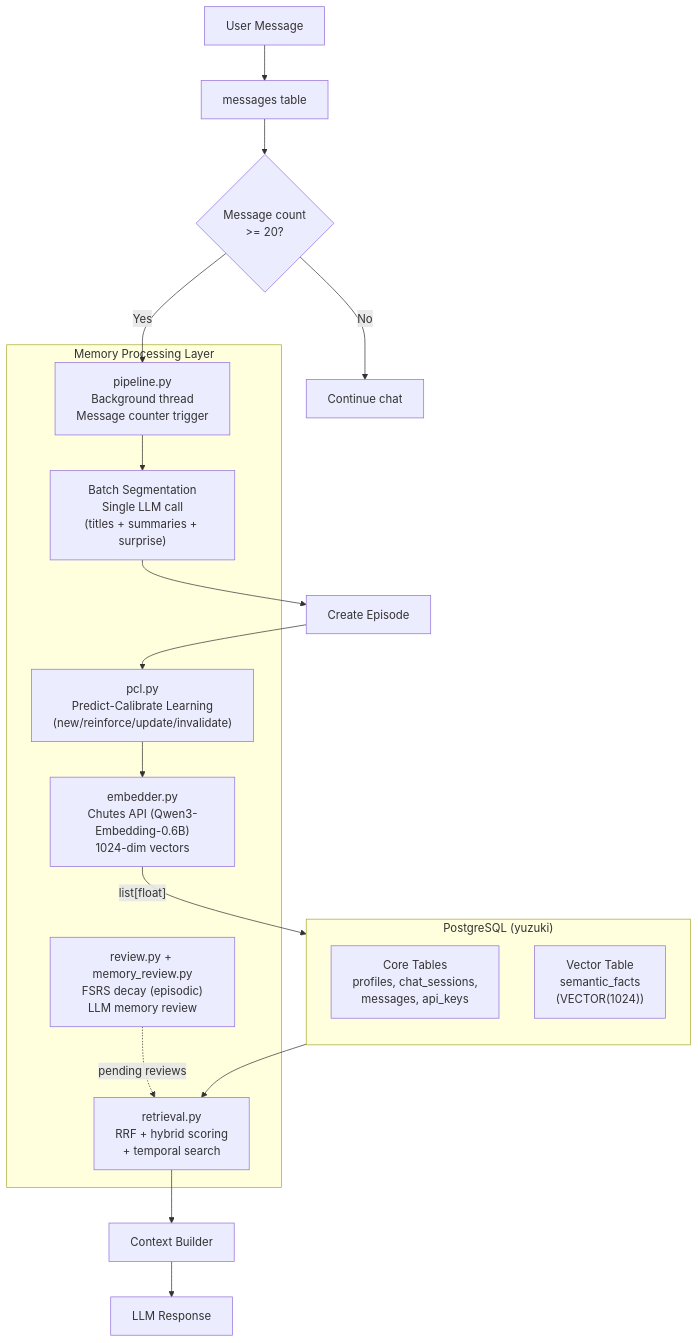
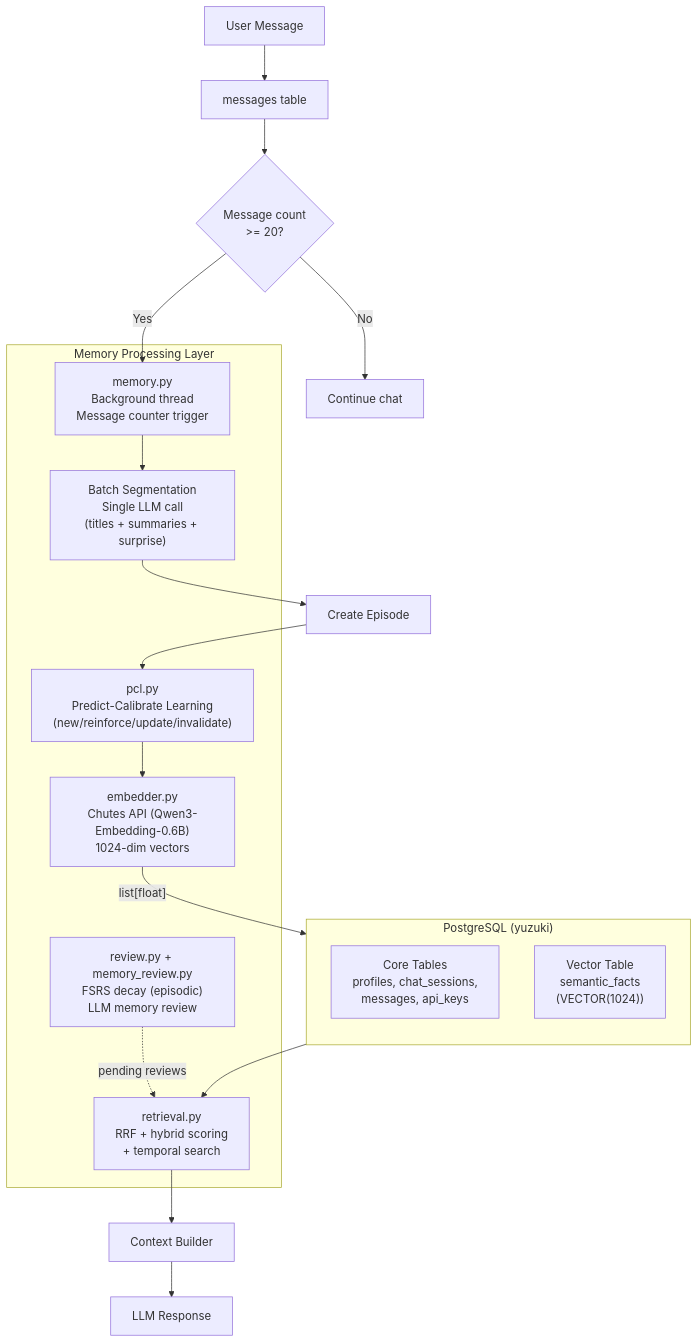
One commit to icedeyes12/yuzu-companion changed the first of 4 diagrams in app/memory/docs/architecture.md. Above: the diagram before and after it, drawn with Mermaid. The commit also changed other lines of this file, not shown here.

Commit message:
docs: fix memory.py references in architecture.md

````diff
--- a/app/memory/docs/architecture.md
+++ b/app/memory/docs/architecture.md
@@ -11,31 +11,31 @@
 ```mermaid
 flowchart TB
     subgraph PostgreSQL["PostgreSQL (yuzuki)"]
         direction TB
         PG_CORE["Core Tables\nprofiles, chat_sessions,\nmessages, api_keys"]
         PG_VECTOR["Vector Table\nsemantic_facts\n(VECTOR(1024))"]
     end
 
     subgraph MemoryLayer["Memory Processing Layer"]
         EMBED["embedder.py\nChutes API (Qwen3-Embedding-0.6B)\n1024-dim vectors"]
-        PIPELINE["pipeline.py\nBackground thread\nMessage counter trigger"]
+        PIPELINE["memory.py\nBackground thread\nMessage counter trigger"]
         BATCH["Batch Segmentation\nSingle LLM call\n(titles + summaries + surprise)"]
         PCL["pcl.py\nPredict-Calibrate Learning\n(new/reinforce/update/invalidate)"]
         RETRIEVE["retrieval.py\nRRF + hybrid scoring\n+ temporal search"]
         REVIEW["review.py + memory_review.py\nFSRS decay (episodic)\nLLM memory review"]
     end
 
     USER["User Message"] --> MSG["messages table"]
     MSG --> COUNTER{"Message count\n>= 20?"}
     COUNTER -->|Yes| PIPELINE
     COUNTER -->|No| CONTINUE["Continue chat"]
     PIPELINE --> BATCH
     BATCH --> EPISODE["Create Episode"]
     EPISODE --> PCL
     PCL --> EMBED
     EMBED -->|"list[float]"| PG_VECTOR
     PG_VECTOR --> RETRIEVE
     RETRIEVE --> CONTEXT["Context Builder"]
     CONTEXT --> LLM["LLM Response"]
     REVIEW -.->|pending reviews| RETRIEVE
 ```
````
